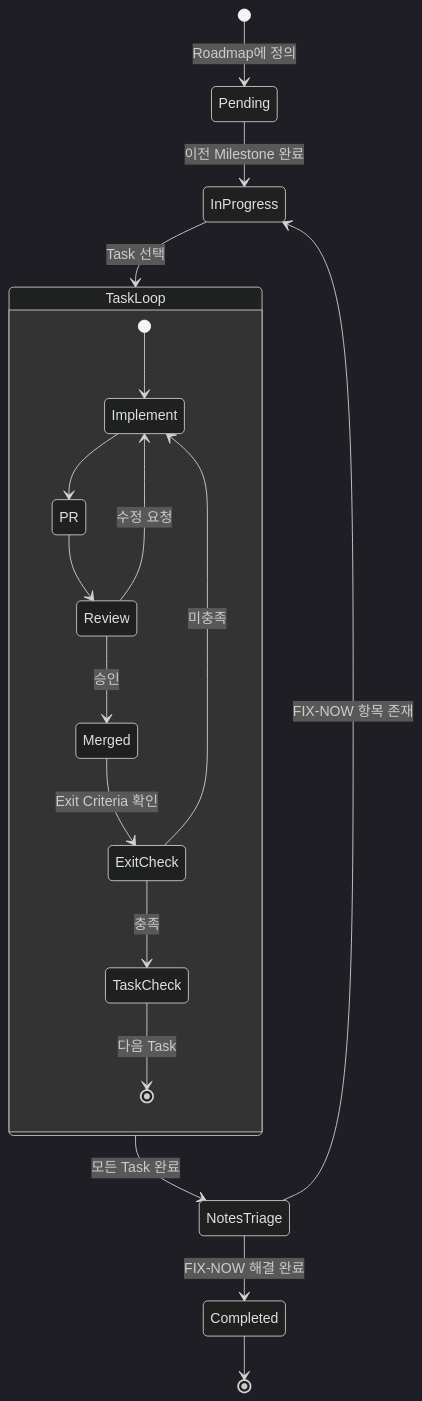
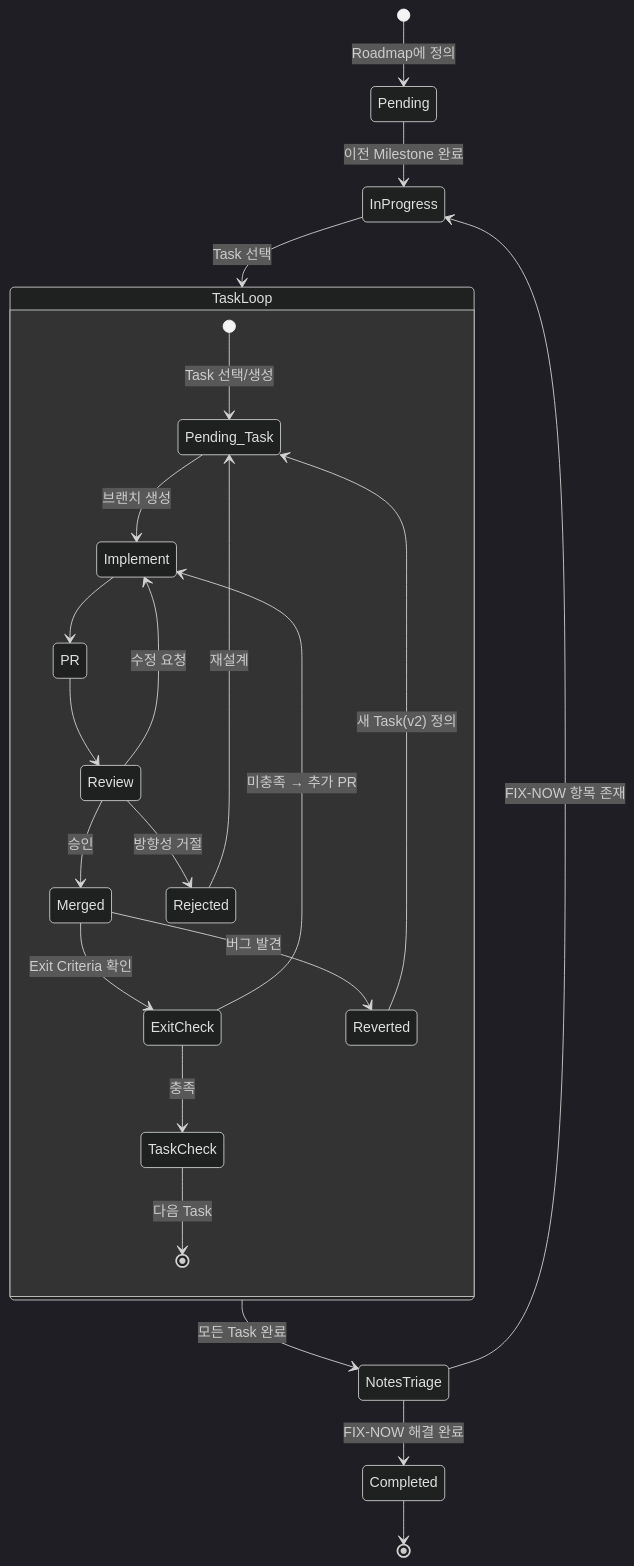
The fourth of 8 diagrams in docs/workflow.md (cagojeiger/code-hub), drawn with Mermaid (dark theme) before and after one commit. The commit also changed other lines of this file and 1 other file, not shown here.

````diff
--- a/docs/workflow.md
+++ b/docs/workflow.md
@@ -158,27 +187,32 @@
 ```mermaid
 stateDiagram-v2
     [*] --> Pending: Roadmap에 정의
 
     Pending --> InProgress: 이전 Milestone 완료
 
     InProgress --> TaskLoop: Task 선택
 
     state TaskLoop {
-        [*] --> Implement
+        [*] --> Pending_Task: Task 선택/생성
+        Pending_Task --> Implement: 브랜치 생성
         Implement --> PR
         PR --> Review
         Review --> Merged: 승인
         Review --> Implement: 수정 요청
+        Review --> Rejected: 방향성 거절
+        Rejected --> Pending_Task: 재설계
         Merged --> ExitCheck: Exit Criteria 확인
         ExitCheck --> TaskCheck: 충족
-        ExitCheck --> Implement: 미충족
+        ExitCheck --> Implement: 미충족 → 추가 PR
+        Merged --> Reverted: 버그 발견
+        Reverted --> Pending_Task: 새 Task(v2) 정의
         TaskCheck --> [*]: 다음 Task
     }
 
     TaskLoop --> NotesTriage: 모든 Task 완료
 
     NotesTriage --> Completed: FIX-NOW 해결 완료
     NotesTriage --> InProgress: FIX-NOW 항목 존재
 
     Completed --> [*]
 ```
````
